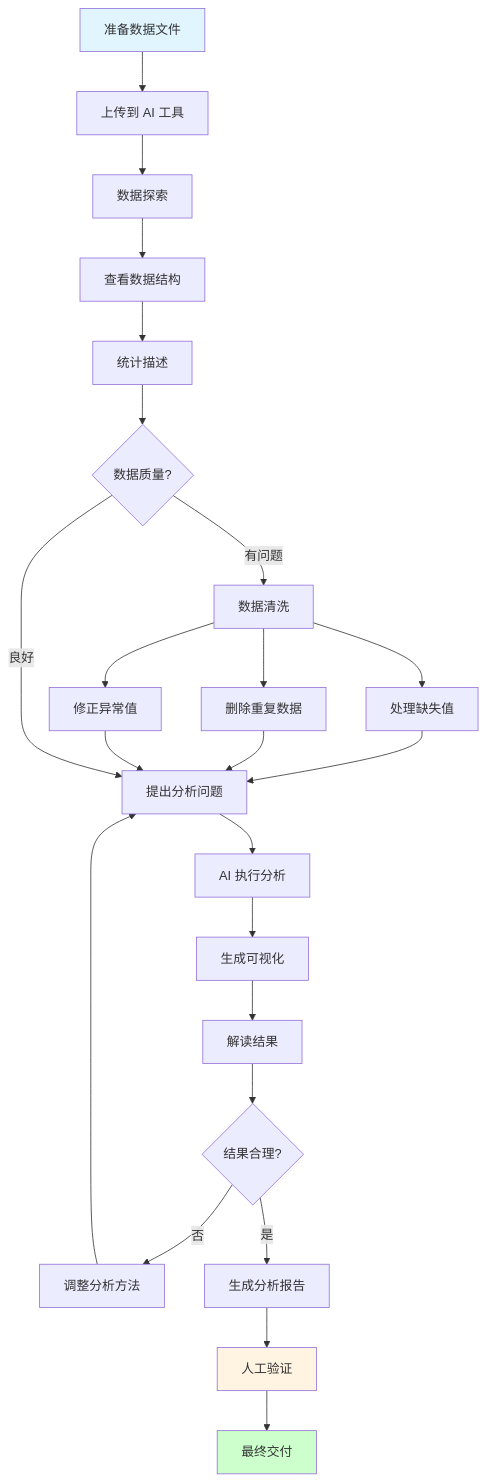
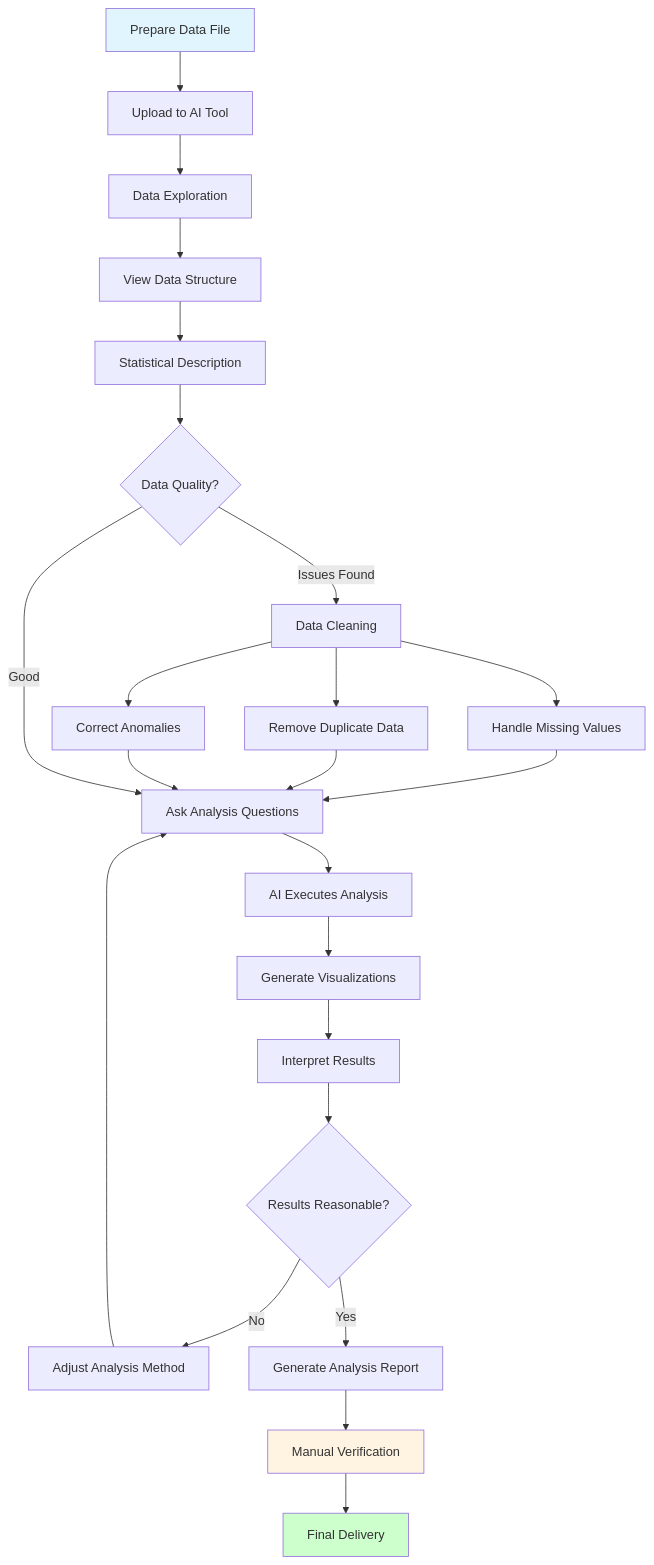
One commit to tianhongTina/ai-literacy-bootcamp changed the second of 3 diagrams in docs/lessons/lesson-3.md. Above: the diagram before and after it, drawn with Mermaid. The commit also changed other lines of this file and 18 other files, not shown here.

````diff
--- a/docs/lessons/lesson-3.md
+++ b/docs/lessons/lesson-3.md
@@ -72,33 +72,33 @@
 ```mermaid
 graph TD
-    A[准备数据文件] --> B[上传到 AI 工具]
-    B --> C[数据探索]
-    C --> D[查看数据结构]
-    D --> E[统计描述]
-    E --> F{数据质量?}
+    A[Prepare Data File] --> B[Upload to AI Tool]
+    B --> C[Data Exploration]
+    C --> D[View Data Structure]
+    D --> E[Statistical Description]
+    E --> F{Data Quality?}
     
-    F -->|有问题| G[数据清洗]
-    G --> G1[处理缺失值]
-    G --> G2[删除重复数据]
-    G --> G3[修正异常值]
+    F -->|Issues Found| G[Data Cleaning]
+    G --> G1[Handle Missing Values]
+    G --> G2[Remove Duplicate Data]
+    G --> G3[Correct Anomalies]
     G1 --> H
     G2 --> H
     G3 --> H
     
-    F -->|良好| H[提出分析问题]
-    H --> I[AI 执行分析]
-    I --> J[生成可视化]
-    J --> K[解读结果]
-    K --> L{结果合理?}
+    F -->|Good| H[Ask Analysis Questions]
+    H --> I[AI Executes Analysis]
+    I --> J[Generate Visualizations]
+    J --> K[Interpret Results]
+    K --> L{Results Reasonable?}
     
-    L -->|否| M[调整分析方法]
+    L -->|No| M[Adjust Analysis Method]
     M --> H
     
-    L -->|是| N[生成分析报告]
-    N --> O[人工验证]
-    O --> P[最终交付]
+    L -->|Yes| N[Generate Analysis Report]
+    N --> O[Manual Verification]
+    O --> P[Final Delivery]
     
     style A fill:#e1f5ff
     style P fill:#ccffcc
     style O fill:#fff4e1
 ```
````
